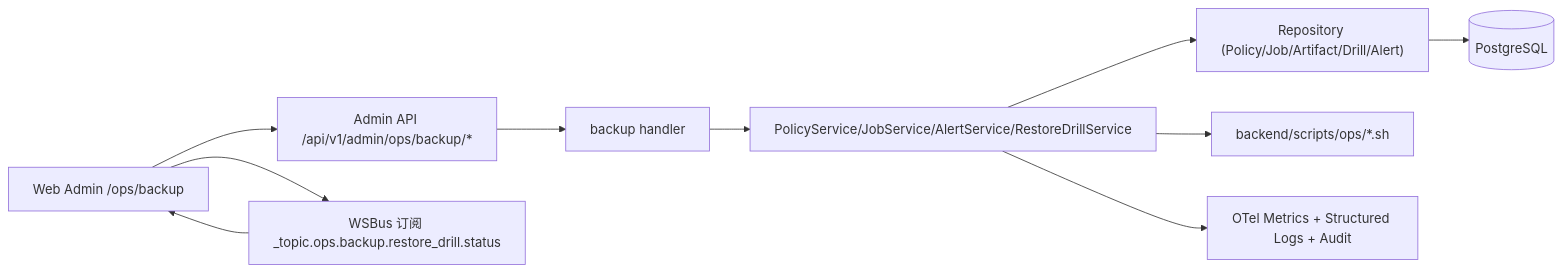
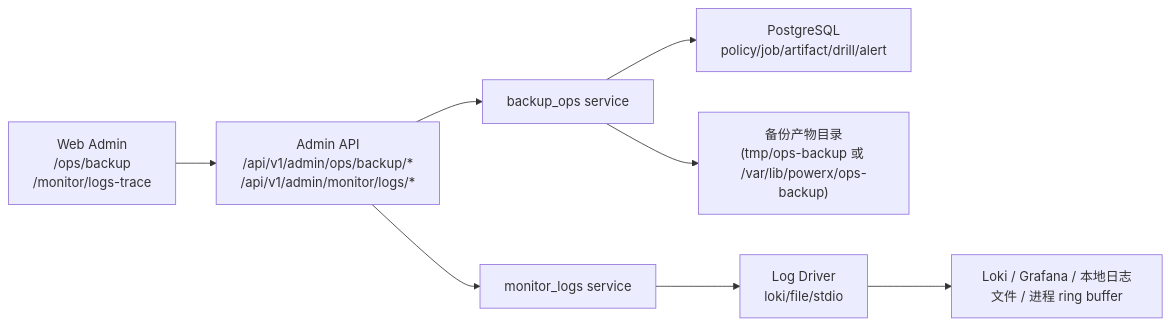
Before and after one commit to ArtisanCloud/PowerX: the first of 3 diagrams in docs/guides/deploy/027-monitor-center/guide.md, drawn with Mermaid. The commit also changed other lines of this file and 32 other files, not shown here.

````diff
--- a/docs/guides/deploy/027-monitor-center/guide.md
+++ b/docs/guides/deploy/027-monitor-center/guide.md
@@ -23,12 +30,10 @@
 ```mermaid
 flowchart LR
-  UI["Web Admin /ops/backup"] --> API["Admin API /api/v1/admin/ops/backup/*"]
-  API --> HANDLER["backup handler"]
-  HANDLER --> SVC["PolicyService/JobService/AlertService/RestoreDrillService"]
-  SVC --> REPO["Repository (Policy/Job/Artifact/Drill/Alert)"]
-  REPO --> DB[(PostgreSQL)]
-  SVC --> SCRIPT["backend/scripts/ops/*.sh"]
-  SVC --> OBS["OTel Metrics + Structured Logs + Audit"]
-  UI --> WS["WSBus 订阅 _topic.ops.backup.restore_drill.status"]
-  WS --> UI
+  UI["Web Admin\n/ops/backup\n/monitor/logs-trace"] --> API["Admin API\n/api/v1/admin/ops/backup/*\n/api/v1/admin/monitor/logs/*"]
+  API --> SVC1["backup_ops service"]
+  API --> SVC2["monitor_logs service"]
+  SVC1 --> DB["PostgreSQL\npolicy/job/artifact/drill/alert"]
+  SVC1 --> FS["备份产物目录\n(tmp/ops-backup 或 /var/lib/powerx/ops-backup)"]
+  SVC2 --> LOGDRV["Log Driver\nloki/file/stdio"]
+  LOGDRV --> EXT["Loki / Grafana / 本地日志文件 / 进程 ring buffer"]
 ```
````
